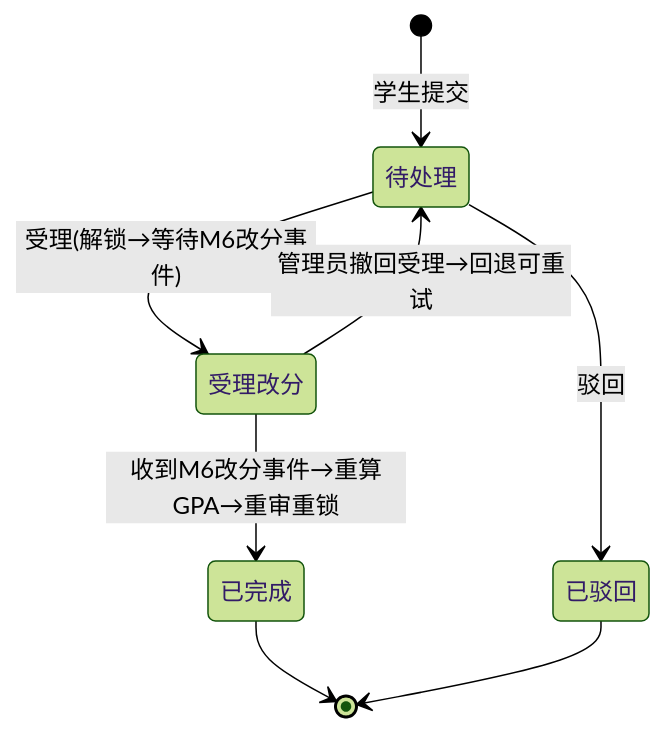
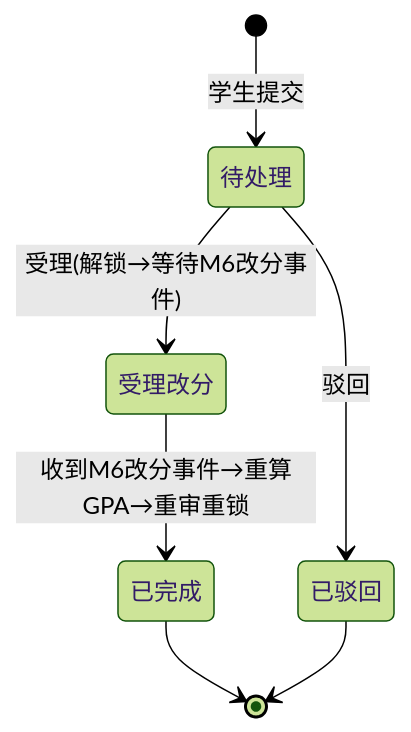
Before and after one commit to menghuishisan/CHAIMIR: the sixth of 6 diagrams in docs/11-成绩中心/05-业务流程与状态机.md, drawn with Mermaid (forest theme). The commit also changed other lines of this file and 340 other files, not shown here.

````diff
--- a/docs/11-成绩中心/05-业务流程与状态机.md
+++ b/docs/11-成绩中心/05-业务流程与状态机.md
@@ -106,10 +109,9 @@
 ```mermaid
 stateDiagram-v2
     [*] --> 待处理: 学生提交
     待处理 --> 受理改分: 受理(解锁→等待M6改分事件)
     待处理 --> 已驳回: 驳回
     受理改分 --> 已完成: 收到M6改分事件→重算GPA→重审重锁
-    受理改分 --> 待处理: 管理员撤回受理→回退可重试
     已完成 --> [*]
     已驳回 --> [*]
 ```
````
